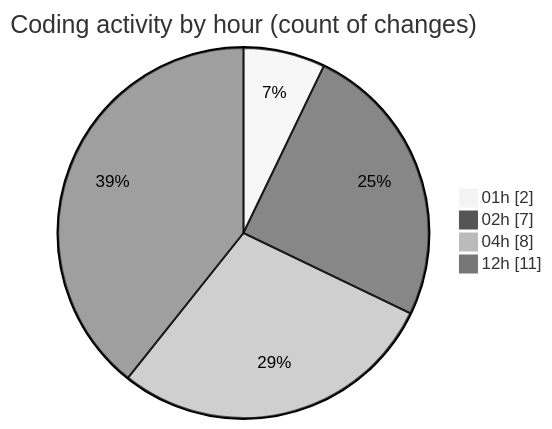
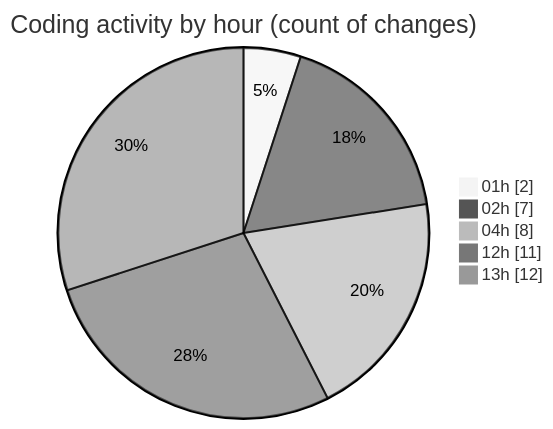
One commit to lephambinh05/code-tracking changed the second of 2 diagrams in 2025-08-11/rentotp/README.md. Above: the diagram before and after it, drawn with Mermaid (neutral theme). The commit also changed other lines of this file and 1 other file, not shown here.

````diff
--- a/2025-08-11/rentotp/README.md
+++ b/2025-08-11/rentotp/README.md
@@ -39,8 +39,9 @@
 ```mermaid
 pie showData
 title Coding activity by hour (count of changes)
 "01h" : 2
 "02h" : 7
 "04h" : 8
 "12h" : 11
+"13h" : 12
 ```
````
